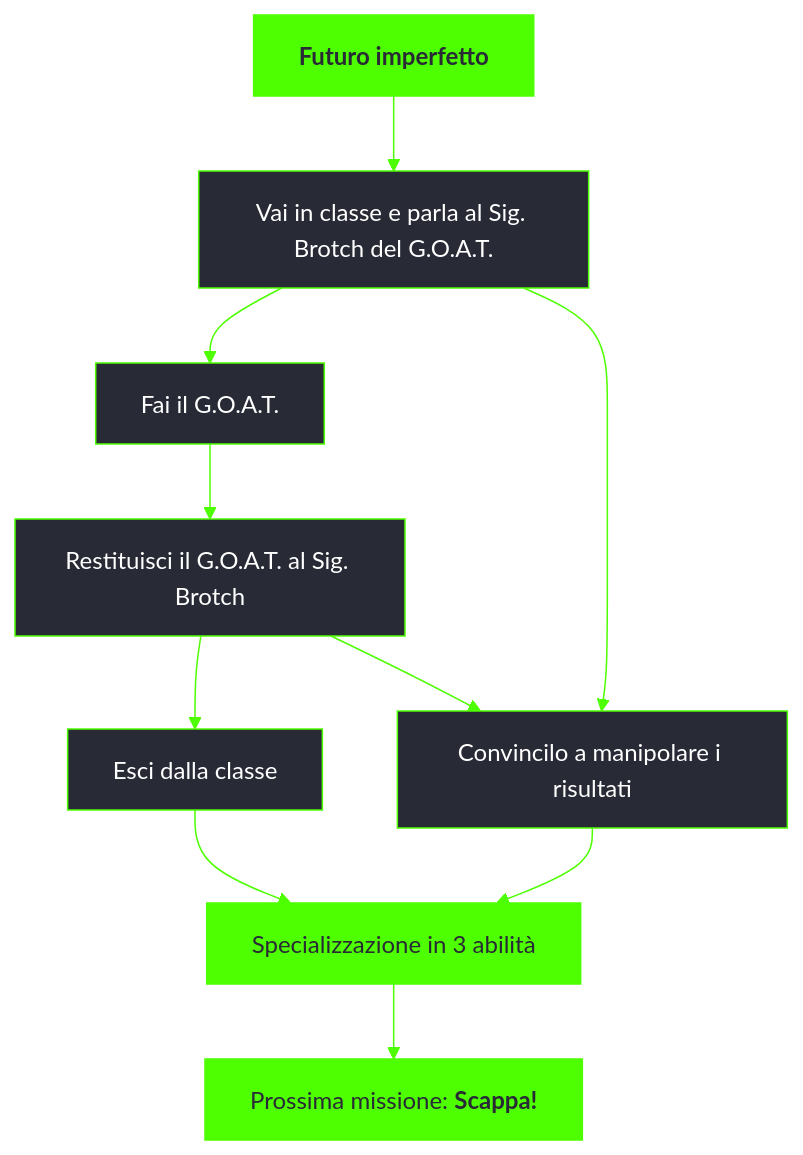
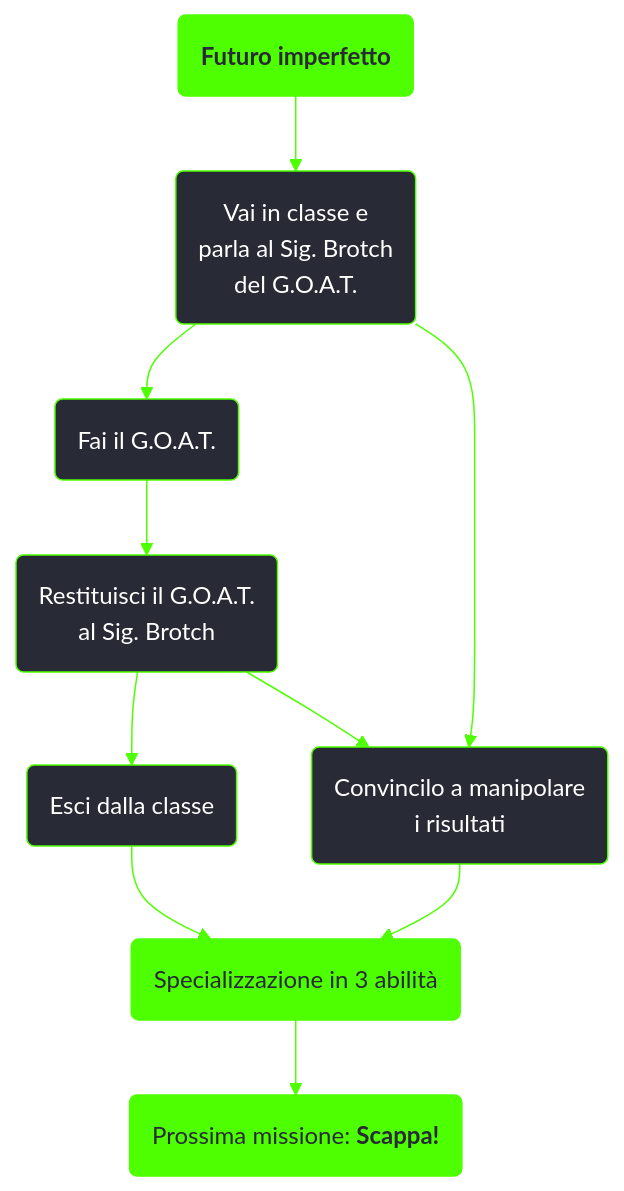
The diagram in content/docs/fallout 3/missioni/Futuro imperfetto.md (persy/wastelander), drawn with Mermaid before and after one commit. The commit also changed other lines of this file and 35 other files, not shown here.

````diff
--- a/content/docs/fallout 3/missioni/Futuro imperfetto.md
+++ b/content/docs/fallout 3/missioni/Futuro imperfetto.md
@@ -22,16 +22,16 @@
 ```mermaid
 %%{init: {'theme': 'base', 'themeVariables': { 'primaryColor': '#282a36', 'primaryBorderColor': '#4eff01', 'primaryTextColor': '#fff', 'lineColor': '#4eff01', 'fontFamily': 'Jura'}}}%%
 graph TD;
-    id1[<b>Futuro imperfetto</b>]:::questfo3-->id2[Vai in classe e parla al Sig. Brotch del G.O.A.T.]
-    id2-->id3[Fai il G.O.A.T.]
-    id2-->id4[Convincilo a manipolare i risultati]
-    id3-->id5[Restituisci il G.O.A.T. al Sig. Brotch]
-    id5-->id6[Esci dalla classe]
+    id1(<b>Futuro imperfetto</b>):::questfo3-->id2(Vai in classe e <br />parla al Sig. Brotch <br />del G.O.A.T.)
+    id2-->id3(Fai il G.O.A.T.)
+    id2-->id4(Convincilo a manipolare <br />i risultati)
+    id3-->id5(Restituisci il G.O.A.T. <br />al Sig. Brotch)
+    id5-->id6(Esci dalla classe)
     id5-->id4
-    id6-->id7[Specializzazione in 3 abilità]:::rewardfo3  
+    id6-->id7(Specializzazione in 3 abilità):::rewardfo3  
     id4-->id7
-    id7-->id8[Prossima missione: <b>Scappa!</b>]:::questfo3
+    id7-->id8(Prossima missione: <b>Scappa!</b>):::questfo3
     click id8 "../scappa"
     classDef rewardfo3 fill:#4eff01, stroke:#4eff01, color:#282a36;
     classDef questfo3 fill:#4eff01, stroke:#4eff01, color:#282a36;
 ```
````
